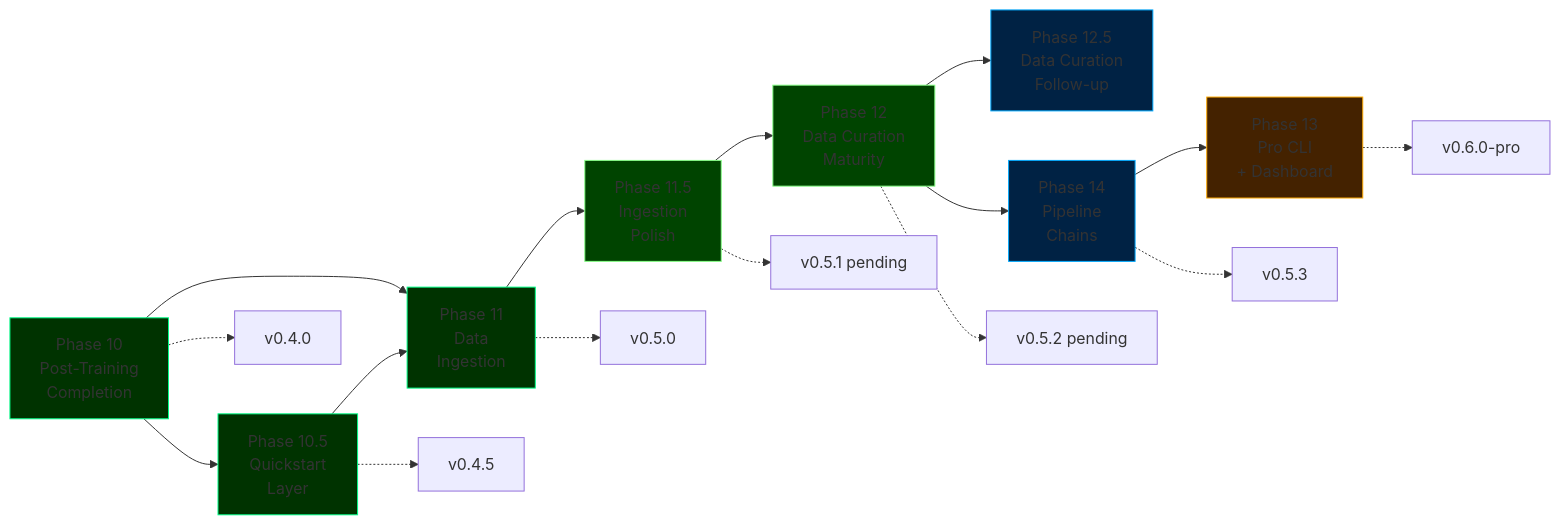
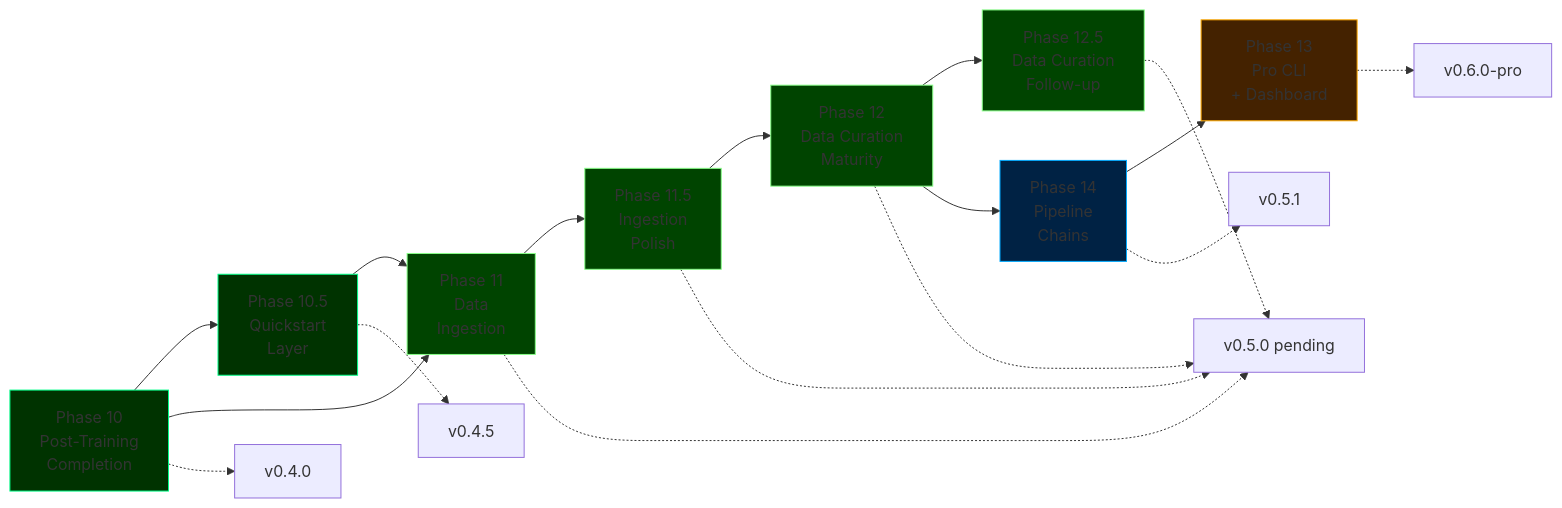
Before and after one commit to cemililik/ForgeLM: the diagram in docs/roadmap.md, drawn with Mermaid. The commit also changed other lines of this file and 17 other files, not shown here.

````diff
--- a/docs/roadmap.md
+++ b/docs/roadmap.md
@@ -33,28 +35,29 @@
 ```mermaid
 graph LR
     P10[Phase 10<br/>Post-Training<br/>Completion] --> P105[Phase 10.5<br/>Quickstart<br/>Layer]
     P10 --> P11[Phase 11<br/>Data<br/>Ingestion]
     P105 --> P11
     P11 --> P115[Phase 11.5<br/>Ingestion<br/>Polish]
     P115 --> P12[Phase 12<br/>Data Curation<br/>Maturity]
     P12 --> P125[Phase 12.5<br/>Data Curation<br/>Follow-up]
     P12 --> P14[Phase 14<br/>Pipeline<br/>Chains]
     P14 --> P13[Phase 13<br/>Pro CLI<br/>+ Dashboard]
 
     P10 -.-> V1[v0.4.0]
     P105 -.-> V15[v0.4.5]
-    P11 -.-> V2[v0.5.0]
-    P115 -.-> V21[v0.5.1 pending]
-    P12 -.-> V22[v0.5.2 pending]
-    P14 -.-> V23[v0.5.3]
+    P11 -.-> V2[v0.5.0 pending]
+    P115 -.-> V2
+    P12 -.-> V2
+    P125 -.-> V2
+    P14 -.-> V23[v0.5.1]
     P13 -.-> V3[v0.6.0-pro]
 
     style P10 fill:#003300,stroke:#00ff88
     style P105 fill:#003300,stroke:#00ff88
-    style P11 fill:#003300,stroke:#00ff88
+    style P11 fill:#004400,stroke:#88ff88
     style P115 fill:#004400,stroke:#88ff88
     style P12 fill:#004400,stroke:#88ff88
-    style P125 fill:#002244,stroke:#00aaff
+    style P125 fill:#004400,stroke:#88ff88
     style P14 fill:#002244,stroke:#00aaff
     style P13 fill:#442200,stroke:#ffaa00
 ```
````
